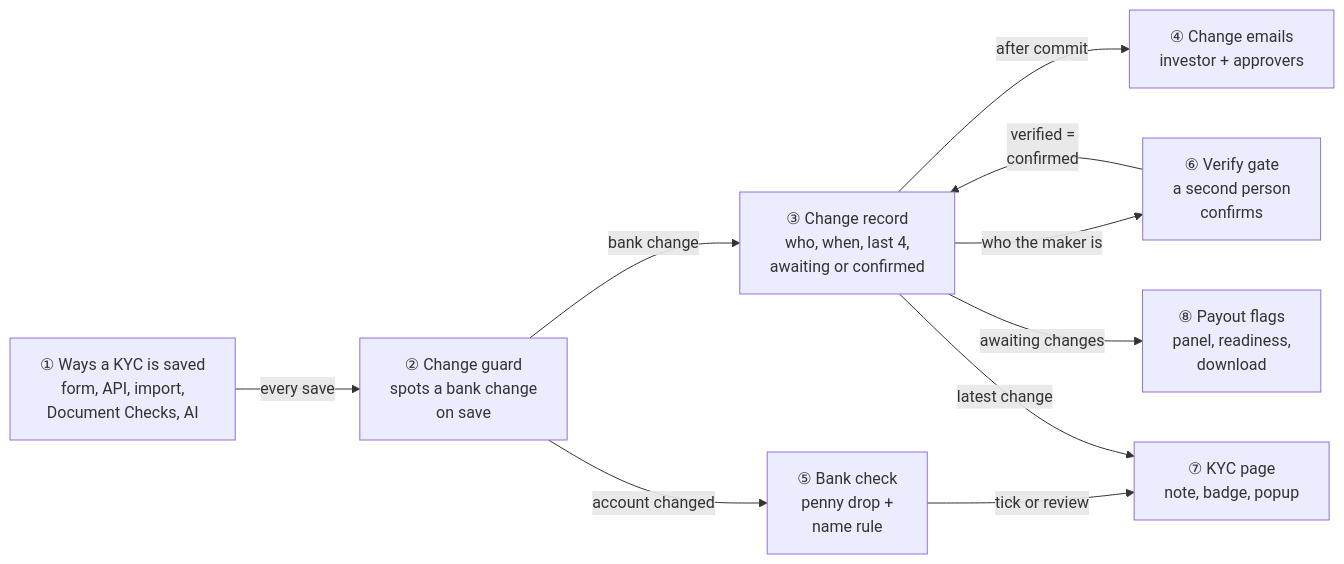
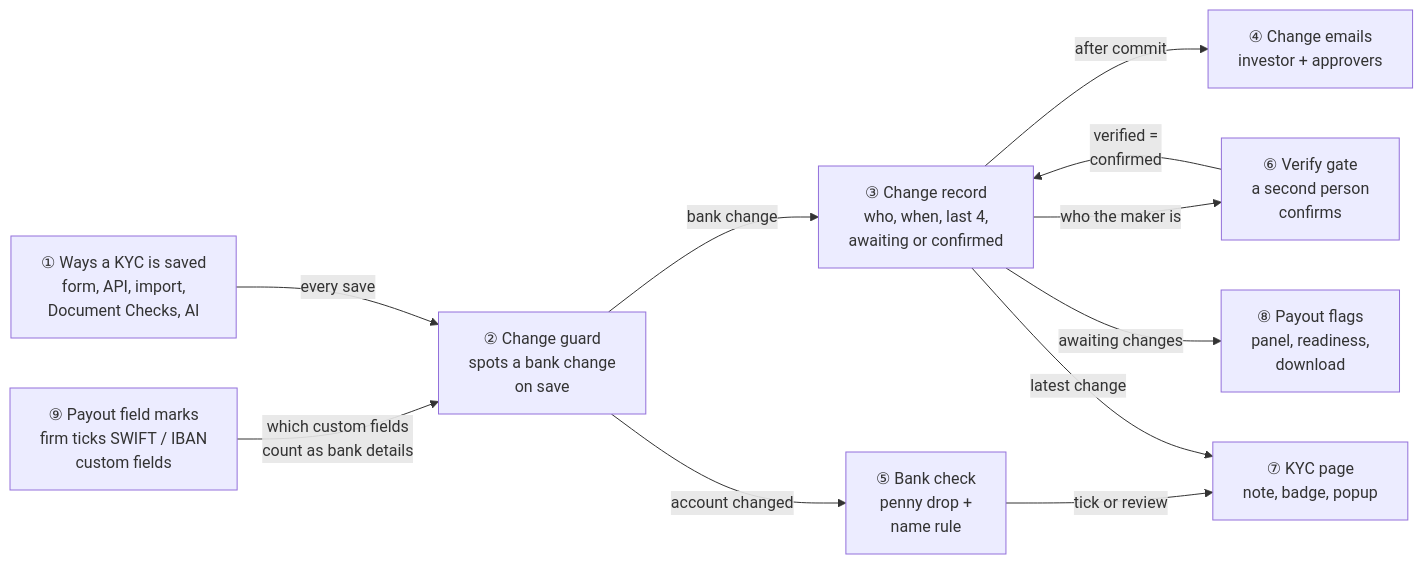
One commit to sampadadiwan/IRM_CompanyMain changed the first of 18 diagrams in openspec/changes/bank-detail-change-controls/design.md. Above: the diagram before and after it, drawn with Mermaid. The commit also changed other lines of this file and 10 other files, not shown here.

First line of the commit message:
Security docs and Group B designs: build progress, user impact, SWIFT/IBAN in M14, on-screen explanations

````diff
--- a/openspec/changes/bank-detail-change-controls/design.md
+++ b/openspec/changes/bank-detail-change-controls/design.md
@@ -81,20 +92,22 @@
 ```mermaid
 flowchart LR
     S["① Ways a KYC is saved<br/>form, API, import,<br/>Document Checks, AI"]
     G["② Change guard<br/>spots a bank change<br/>on save"]
     R["③ Change record<br/>who, when, last 4,<br/>awaiting or confirmed"]
     N["④ Change emails<br/>investor + approvers"]
     B["⑤ Bank check<br/>penny drop +<br/>name rule"]
     V["⑥ Verify gate<br/>a second person<br/>confirms"]
     K["⑦ KYC page<br/>note, badge, popup"]
     P["⑧ Payout flags<br/>panel, readiness,<br/>download"]
+    M["⑨ Payout field marks<br/>firm ticks SWIFT / IBAN<br/>custom fields"]
+    M -- "which custom fields<br/>count as bank details" --> G
     S -- "every save" --> G
     G -- "bank change" --> R
     G -- "account changed" --> B
     R -- "after commit" --> N
     R -- "who the maker is" --> V
     V -- "verified =<br/>confirmed" --> R
     B -- "tick or review" --> K
     R -- "latest change" --> K
     R -- "awaiting changes" --> P
 ```
````
